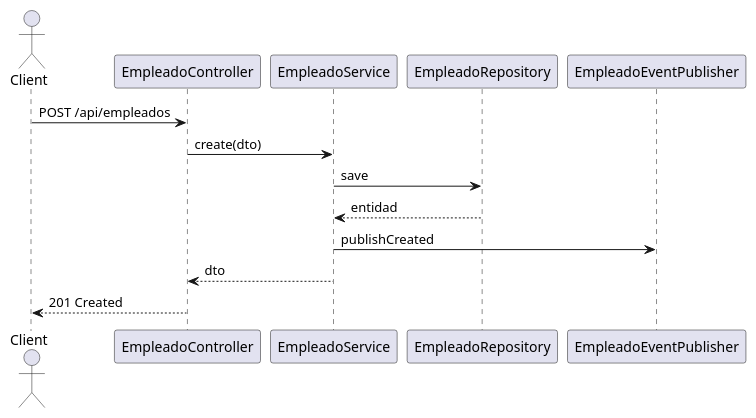
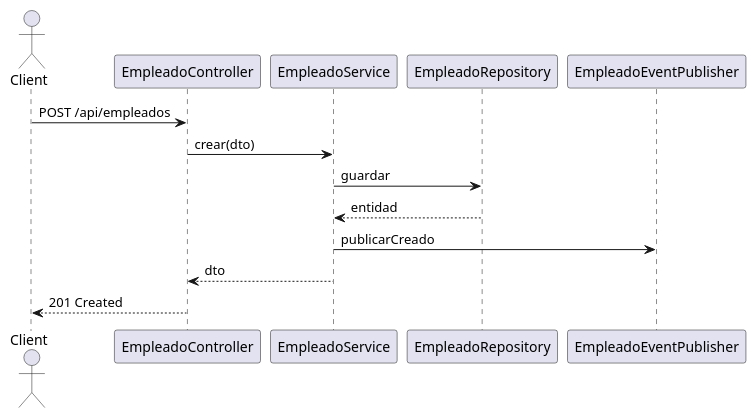
Before and after one commit to msamia/rrhh: the diagram in servicio-empleado/docs/uml/local/sequence/create_empleado_sequence.puml, drawn with PlantUML. The commit also changed 26 other files, not shown here.

Commit message:
docs: corregir y ampliar diagramas UML

```diff
--- a/servicio-empleado/docs/uml/local/sequence/create_empleado_sequence.puml
+++ b/servicio-empleado/docs/uml/local/sequence/create_empleado_sequence.puml
@@ -1,10 +1,10 @@
 @startuml
 actor Client
 Client -> EmpleadoController : POST /api/empleados
-EmpleadoController -> EmpleadoService : create(dto)
-EmpleadoService -> EmpleadoRepository : save
+EmpleadoController -> EmpleadoService : crear(dto)
+EmpleadoService -> EmpleadoRepository : guardar
 EmpleadoRepository --> EmpleadoService : entidad
-EmpleadoService -> EmpleadoEventPublisher : publishCreated
+EmpleadoService -> EmpleadoEventPublisher : publicarCreado
 EmpleadoService --> EmpleadoController : dto
 EmpleadoController --> Client : 201 Created
 @enduml
```
